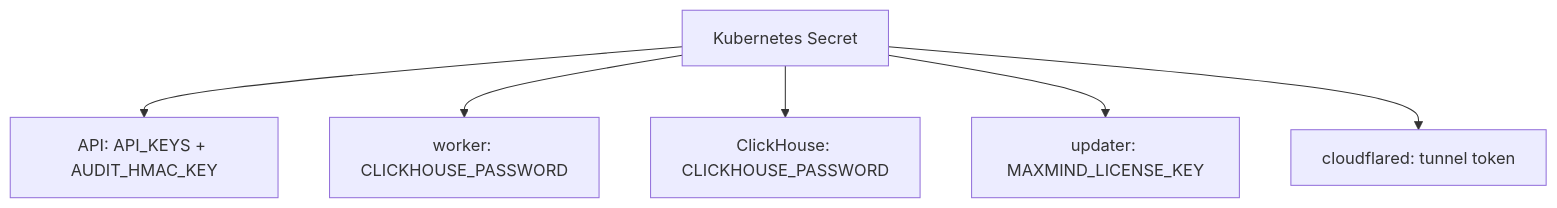
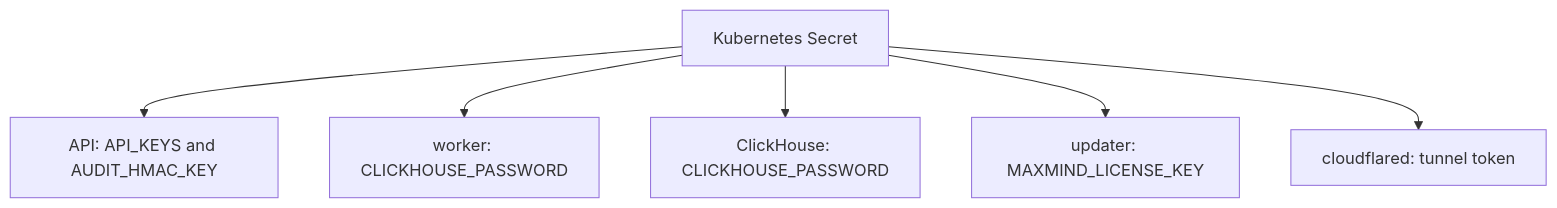
One commit to Jstarzz/geotagger changed diagram 17 of 21 in docs/ARCHITECTURE.md. Above: the diagram before and after it, drawn with Mermaid. The commit also changed other lines of this file, not shown here.

Commit message:
docs: replace architecture diagrams with GitHub-safe Mermaid

````diff
--- a/docs/ARCHITECTURE.md
+++ b/docs/ARCHITECTURE.md
@@ -629,9 +386,8 @@
 ```mermaid
 flowchart TB
-    SEC[Kubernetes Secret]
-    SEC --> API[API: API_KEYS + AUDIT_HMAC_KEY]
-    SEC --> W[worker: CLICKHOUSE_PASSWORD]
-    SEC --> C[ClickHouse: CLICKHOUSE_PASSWORD]
-    SEC --> U[updater: MAXMIND_LICENSE_KEY]
-    SEC --> CF[cloudflared: tunnel token]
+    SEC["Kubernetes Secret"] --> API["API: API_KEYS and AUDIT_HMAC_KEY"]
+    SEC --> W["worker: CLICKHOUSE_PASSWORD"]
+    SEC --> C["ClickHouse: CLICKHOUSE_PASSWORD"]
+    SEC --> U["updater: MAXMIND_LICENSE_KEY"]
+    SEC --> CF["cloudflared: tunnel token"]
 ```
````
